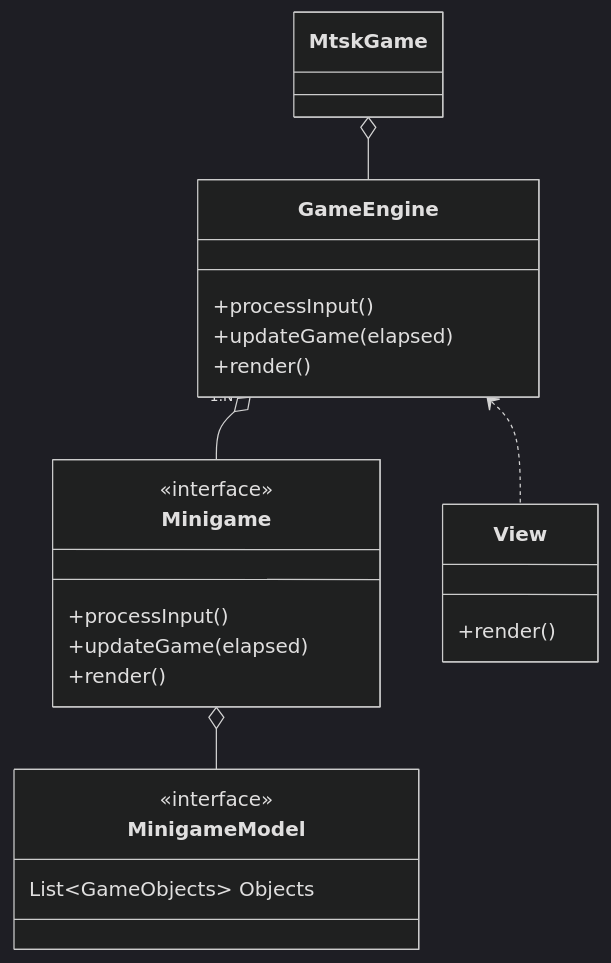
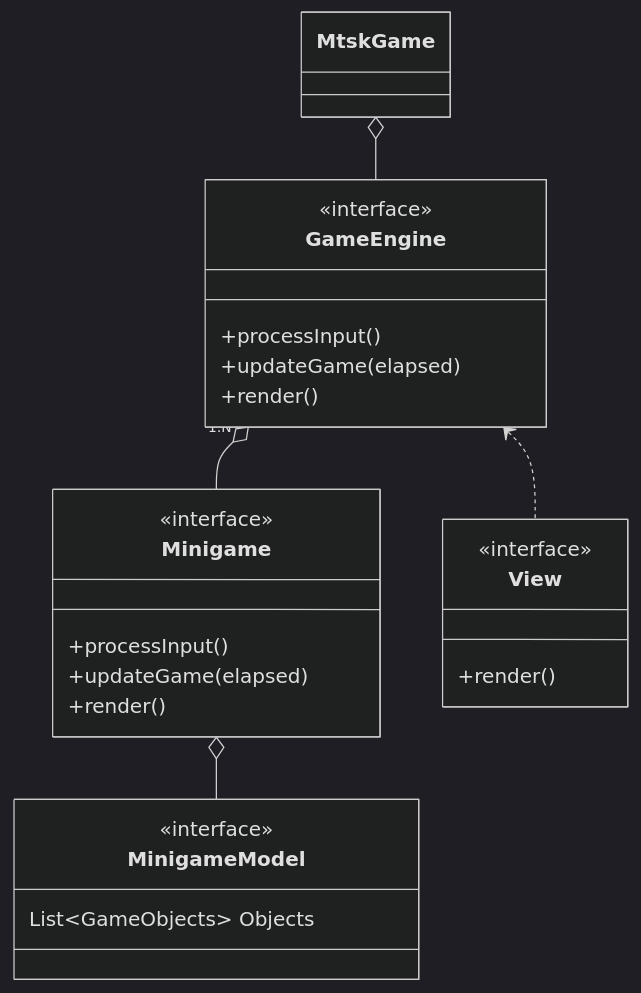
The diagram in documentation/diagrams/architecture.md (leo-tasso/OOP22-mtsk-game), drawn with Mermaid (dark theme) before and after one commit. The commit also changed 6 other files, not shown here.

```diff
--- a/documentation/diagrams/architecture.md
+++ b/documentation/diagrams/architecture.md
@@ -1,28 +1,30 @@
 ::: mermaid
 classDiagram
     MtskGame o-- GameEngine
     GameEngine "1:N" o-- Minigame
     Minigame o-- MinigameModel
     GameEngine <.. View
     class MtskGame{
     }
     class GameEngine{
+    <<interface>>
         +processInput()
         +updateGame(elapsed)
         +render()
     }
     class View{
+    <<interface>>
     +render()
     }
     
     class Minigame {
     <<interface>>
     +processInput()
     +updateGame(elapsed)
     +render()
     }
     class MinigameModel {
     <<interface>>
     List~GameObjects~ Objects
     }
 :::
```
